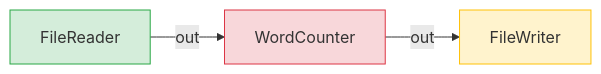
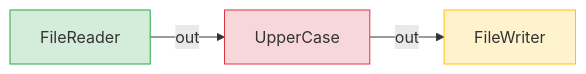
One commit to eli-davidson-portfolio/noPromises changed the diagram in README.md. Above: the diagram before and after it, drawn with Mermaid. The commit also changed other lines of this file and 5 other files, not shown here.

````diff
--- a/README.md
+++ b/README.md
@@ -222,13 +177,12 @@
 ```mermaid
 graph LR
-    input[FileReader]:::running
-    process[WordCounter]:::error
-    output[FileWriter]:::waiting
-    
-    input -->|out| process
-    process -->|out| output
+    reader[FileReader]:::running
+    transform[UpperCase]:::error
+    writer[FileWriter]:::waiting
+    reader -->|out| transform
+    transform -->|out| writer
     
     classDef running fill:#d4edda,stroke:#28a745;
     classDef error fill:#f8d7da,stroke:#dc3545;
     classDef waiting fill:#fff3cd,stroke:#ffc107;
 ```
````
